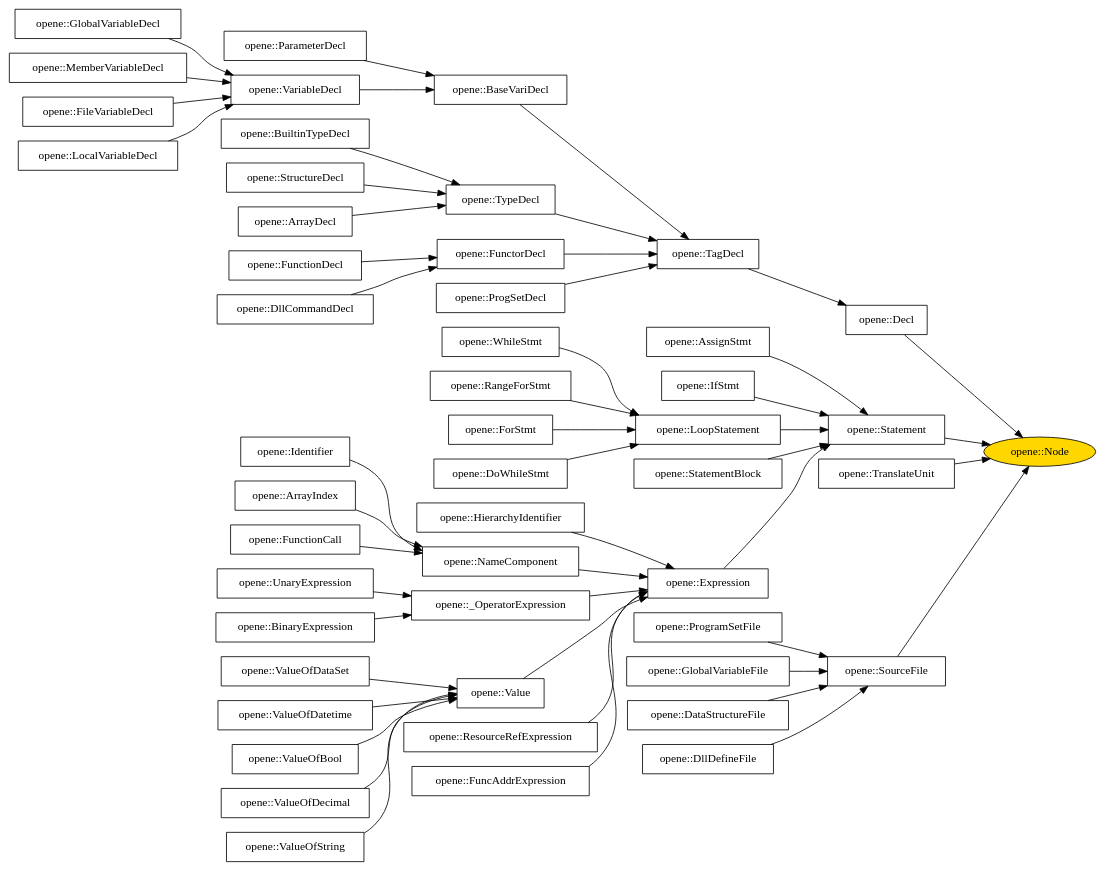
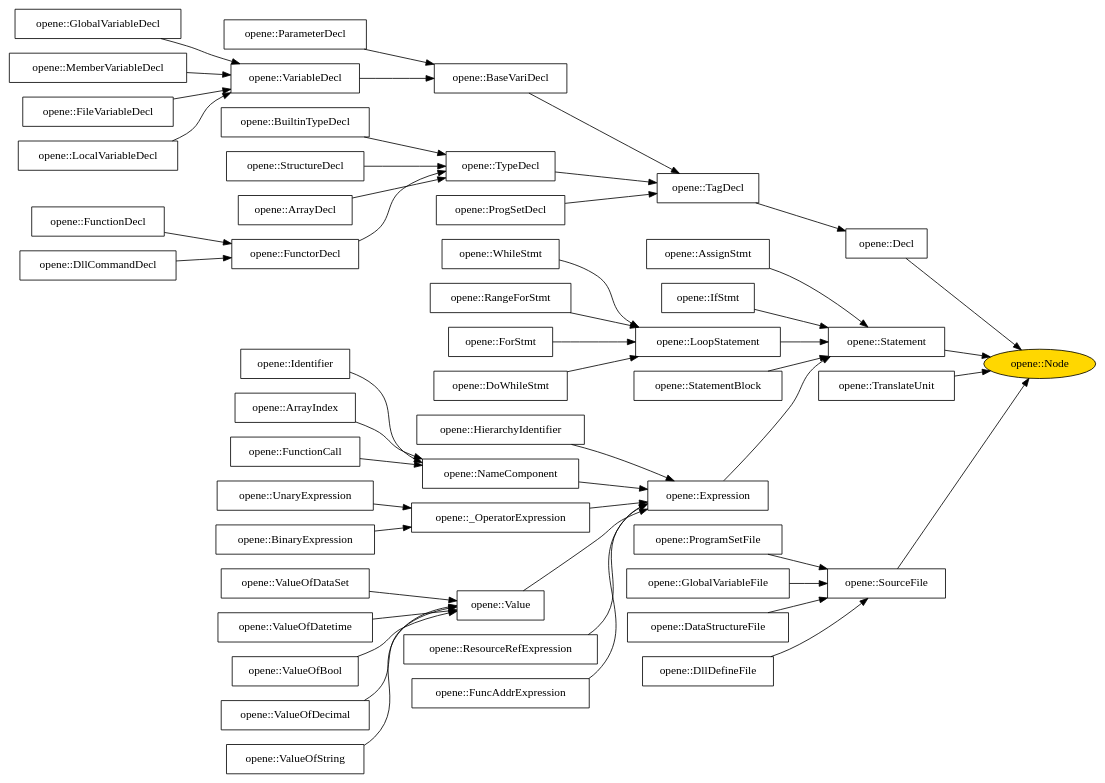
The diagram in Compiler/opene_parse/ClassInheritance.dot (RonxBulld/RexLang), drawn with Graphviz before and after one commit. The commit also changed 11 other files, not shown here.

```diff
--- a/Compiler/opene_parse/ClassInheritance.dot
+++ b/Compiler/opene_parse/ClassInheritance.dot
@@ -1,56 +1,56 @@
 digraph G {
 	rankdir=LR;
 	node[shape=box];
 
 	# Class inheritance link.
 	"opene::SourceFile" -> "opene::Node"
 	"opene::ProgramSetFile" -> "opene::SourceFile"
 	"opene::GlobalVariableFile" -> "opene::SourceFile"
 	"opene::DataStructureFile" -> "opene::SourceFile"
 	"opene::DllDefineFile" -> "opene::SourceFile"
 	"opene::Decl" -> "opene::Node"
 	"opene::TagDecl" -> "opene::Decl"
 	"opene::BaseVariDecl" -> "opene::TagDecl"
 	"opene::ParameterDecl" -> "opene::BaseVariDecl"
 	"opene::VariableDecl" -> "opene::BaseVariDecl"
 	"opene::GlobalVariableDecl" -> "opene::VariableDecl"
 	"opene::MemberVariableDecl" -> "opene::VariableDecl"
 	"opene::FileVariableDecl" -> "opene::VariableDecl"
 	"opene::LocalVariableDecl" -> "opene::VariableDecl"
 	"opene::TypeDecl" -> "opene::TagDecl"
 	"opene::BuiltinTypeDecl" -> "opene::TypeDecl"
 	"opene::StructureDecl" -> "opene::TypeDecl"
 	"opene::ArrayDecl" -> "opene::TypeDecl"
-	"opene::FunctorDecl" -> "opene::TagDecl"
+	"opene::FunctorDecl" -> "opene::TypeDecl"
 	"opene::FunctionDecl" -> "opene::FunctorDecl"
 	"opene::DllCommandDecl" -> "opene::FunctorDecl"
 	"opene::ProgSetDecl" -> "opene::TagDecl"
 	"opene::Statement" -> "opene::Node"
 	"opene::AssignStmt" -> "opene::Statement"
 	"opene::IfStmt" -> "opene::Statement"
 	"opene::LoopStatement" -> "opene::Statement"
 	"opene::WhileStmt" -> "opene::LoopStatement"
 	"opene::RangeForStmt" -> "opene::LoopStatement"
 	"opene::ForStmt" -> "opene::LoopStatement"
 	"opene::DoWhileStmt" -> "opene::LoopStatement"
 	"opene::StatementBlock" -> "opene::Statement"
 	"opene::Expression" -> "opene::Statement"
 	"opene::HierarchyIdentifier" -> "opene::Expression"
 	"opene::NameComponent" -> "opene::Expression"
 	"opene::Identifier" -> "opene::NameComponent"
 	"opene::ArrayIndex" -> "opene::NameComponent"
 	"opene::FunctionCall" -> "opene::NameComponent"
 	"opene::_OperatorExpression" -> "opene::Expression"
 	"opene::UnaryExpression" -> "opene::_OperatorExpression"
 	"opene::BinaryExpression" -> "opene::_OperatorExpression"
 	"opene::Value" -> "opene::Expression"
 	"opene::ValueOfDataSet" -> "opene::Value"
 	"opene::ValueOfDatetime" -> "opene::Value"
 	"opene::ResourceRefExpression" -> "opene::Expression"
 	"opene::FuncAddrExpression" -> "opene::Expression"
 	"opene::ValueOfBool" -> "opene::Value"
 	"opene::ValueOfDecimal" -> "opene::Value"
 	"opene::ValueOfString" -> "opene::Value"
 	"opene::TranslateUnit" -> "opene::Node"
 	"opene::Node"[shape=ellipse fillcolor=gold style=filled];
 }
```
